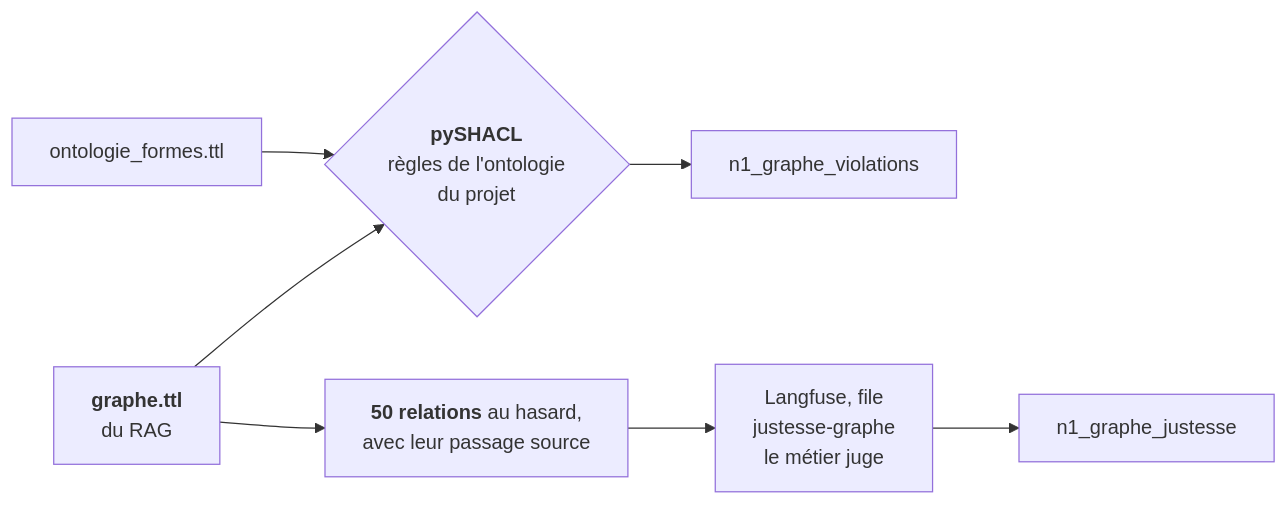
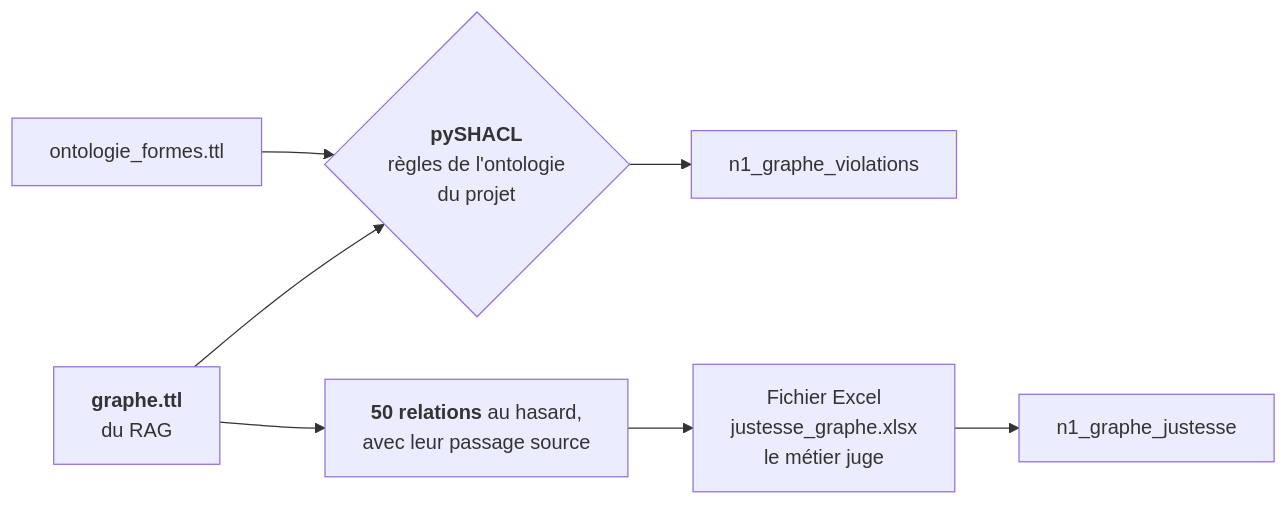
Before and after one commit to floSa/RAG-Evaluation: the second of 2 diagrams in service-evaluation/documentation/1_evaluation_ingestion.md, drawn with Mermaid. The commit also changed other lines of this file and 7 other files, not shown here.

Commit message:
Guides, fil conducteur et README : fichier Excel par défaut, Langfuse en option, pour les trois relectures du métier

````diff
--- a/service-evaluation/documentation/1_evaluation_ingestion.md
+++ b/service-evaluation/documentation/1_evaluation_ingestion.md
@@ -113,9 +113,9 @@
 ```mermaid
 flowchart LR
     G["<b>graphe.ttl</b><br/>du RAG"] --> V{"<b>pySHACL</b><br/>règles de l'ontologie<br/>du projet"}
     F["ontologie_formes.ttl"] --> V
     V --> S1["n1_graphe_violations"]
     G --> T["<b>50 relations</b> au hasard,<br/>avec leur passage source"]
-    T --> L["Langfuse, file<br/>justesse-graphe<br/>le métier juge"]
+    T --> L["Fichier Excel<br/>justesse_graphe.xlsx<br/>le métier juge"]
     L --> S2["n1_graphe_justesse"]
 ```
````
